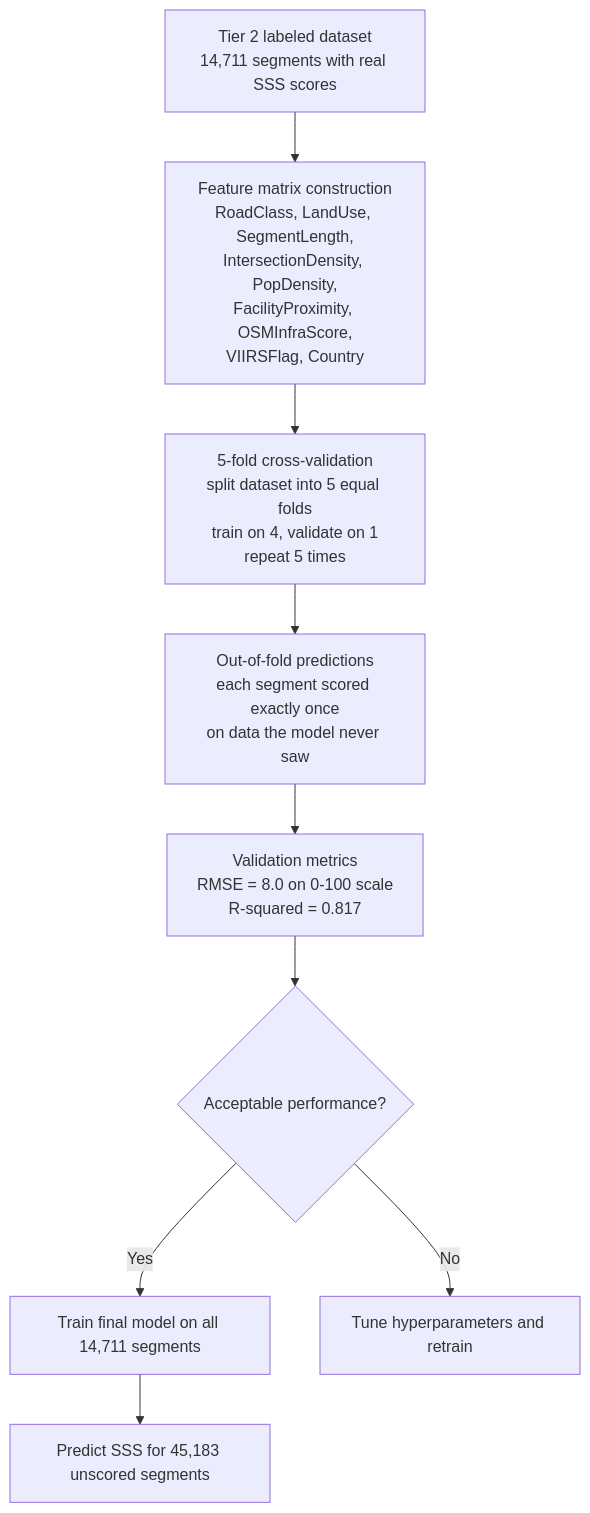
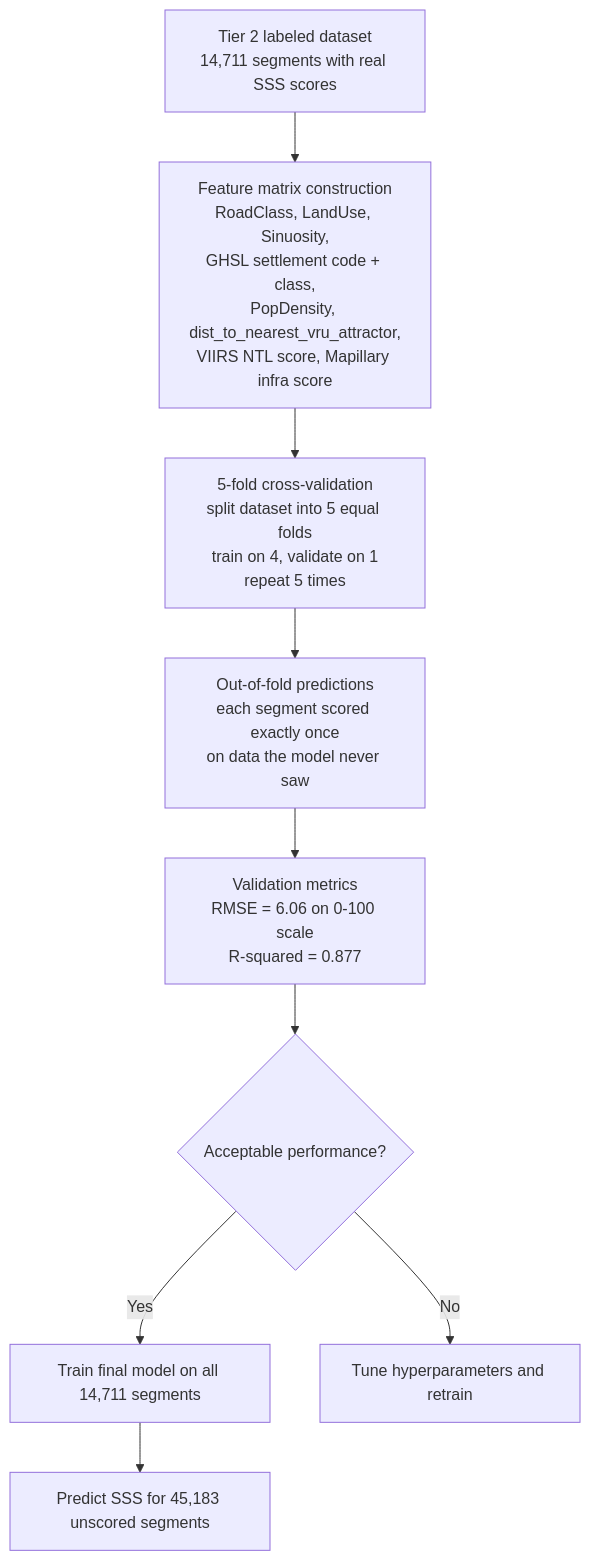
Before and after one commit to simeonpalla/ai-safer-roads: diagram 11 of 14 in WORKFLOW.md, drawn with Mermaid. The commit also changed other lines of this file and 14 other files, not shown here.

First line of the commit message:
feat: GHSL + 7 POI types + Mapillary + ML R²=0.877

````diff
--- a/WORKFLOW.md
+++ b/WORKFLOW.md
@@ -427,11 +453,11 @@
 ```mermaid
 graph TD
-    A["Tier 2 labeled dataset<br/>14,711 segments with real SSS scores"] --> B["Feature matrix construction<br/>RoadClass, LandUse, SegmentLength,<br/>IntersectionDensity, PopDensity,<br/>FacilityProximity, OSMInfraScore,<br/>VIIRSFlag, Country"]
+    A["Tier 2 labeled dataset<br/>14,711 segments with real SSS scores"] --> B["Feature matrix construction<br/>RoadClass, LandUse, Sinuosity,<br/>GHSL settlement code + class,<br/>PopDensity, dist_to_nearest_vru_attractor,<br/>VIIRS NTL score, Mapillary infra score"]
     B --> C["5-fold cross-validation<br/>split dataset into 5 equal folds<br/>train on 4, validate on 1<br/>repeat 5 times"]
     C --> D["Out-of-fold predictions<br/>each segment scored exactly once<br/>on data the model never saw"]
-    D --> E["Validation metrics<br/>RMSE = 8.0 on 0-100 scale<br/>R-squared = 0.817"]
+    D --> E["Validation metrics<br/>RMSE = 6.06 on 0-100 scale<br/>R-squared = 0.877"]
     E --> F{"Acceptable performance?"}
     F -->|Yes| G["Train final model on all 14,711 segments"]
     F -->|No| H["Tune hyperparameters and retrain"]
     G --> I["Predict SSS for 45,183 unscored segments"]
 ```
````
